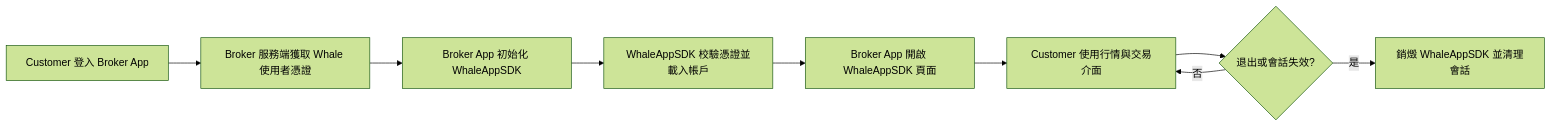
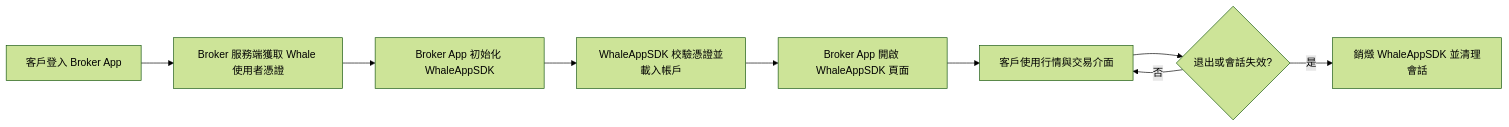
Before and after one commit to longbridge/whale-docs: the diagram in docs/zh-HK/whalesdk/whaleapp/overview.mdx, drawn with Mermaid (forest theme). The commit also changed other lines of this file and 72 other files, not shown here.

````diff
--- a/docs/zh-HK/whalesdk/whaleapp/overview.mdx
+++ b/docs/zh-HK/whalesdk/whaleapp/overview.mdx
@@ -8,11 +8,11 @@
 ```mermaid
 flowchart LR
-    A[Customer 登入 Broker App] --> B[Broker 服務端獲取 Whale 使用者憑證]
+    A[客戶登入 Broker App] --> B[Broker 服務端獲取 Whale 使用者憑證]
     B --> C[Broker App 初始化 WhaleAppSDK]
     C --> D[WhaleAppSDK 校驗憑證並載入帳戶]
     D --> E[Broker App 開啟 WhaleAppSDK 頁面]
-    E --> F[Customer 使用行情與交易介面]
+    E --> F[客戶使用行情與交易介面]
     F --> G{退出或會話失效?}
     G -- 否 --> F
     G -- 是 --> H[銷燬 WhaleAppSDK 並清理會話]
 ```
````
